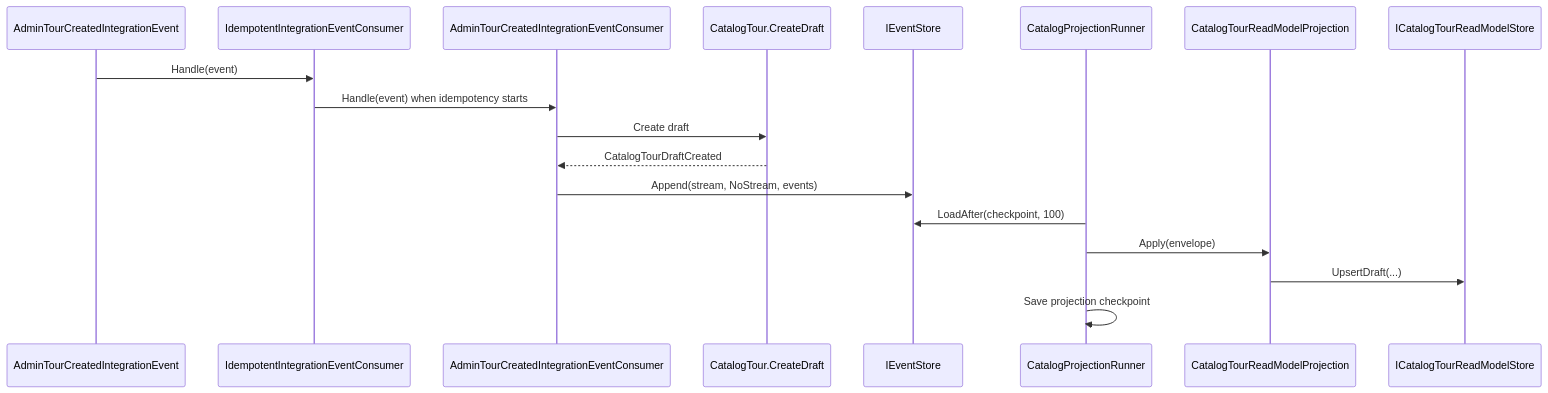
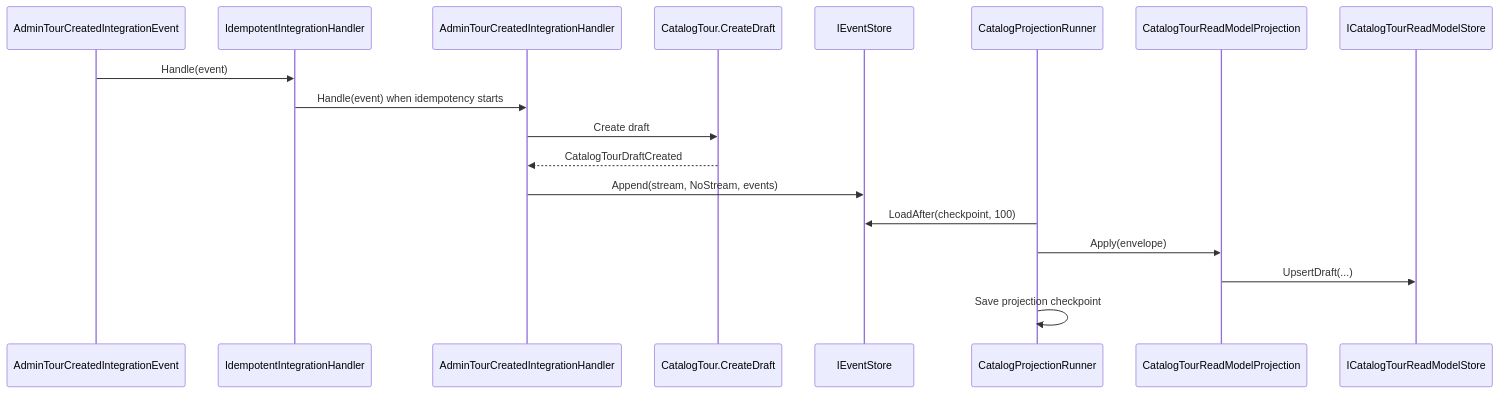
One commit to danigutsch/ViajantesTurismo changed the fourth of 9 diagrams in docs/architecture/FLOWS.md. Above: the diagram before and after it, drawn with Mermaid. The commit also changed other lines of this file and 10 other files, not shown here.

Commit message:
refactor(catalog): align integration handler naming

````diff
--- a/docs/architecture/FLOWS.md
+++ b/docs/architecture/FLOWS.md
@@ -95,21 +95,21 @@
 ```mermaid
 sequenceDiagram
     participant Event as AdminTourCreatedIntegrationEvent
-    participant Idem as IdempotentIntegrationEventConsumer
-    participant Consumer as AdminTourCreatedIntegrationEventConsumer
+    participant Idem as IdempotentIntegrationHandler
+    participant Handler as AdminTourCreatedIntegrationHandler
     participant Aggregate as CatalogTour.CreateDraft
     participant Store as IEventStore
     participant Runner as CatalogProjectionRunner
     participant Projection as CatalogTourReadModelProjection
     participant ReadModel as ICatalogTourReadModelStore
 
     Event->>Idem: Handle(event)
-    Idem->>Consumer: Handle(event) when idempotency starts
-    Consumer->>Aggregate: Create draft
-    Aggregate-->>Consumer: CatalogTourDraftCreated
-    Consumer->>Store: Append(stream, NoStream, events)
+    Idem->>Handler: Handle(event) when idempotency starts
+    Handler->>Aggregate: Create draft
+    Aggregate-->>Handler: CatalogTourDraftCreated
+    Handler->>Store: Append(stream, NoStream, events)
     Runner->>Store: LoadAfter(checkpoint, 100)
     Runner->>Projection: Apply(envelope)
     Projection->>ReadModel: UpsertDraft(...)
     Runner->>Runner: Save projection checkpoint
 ```
````
